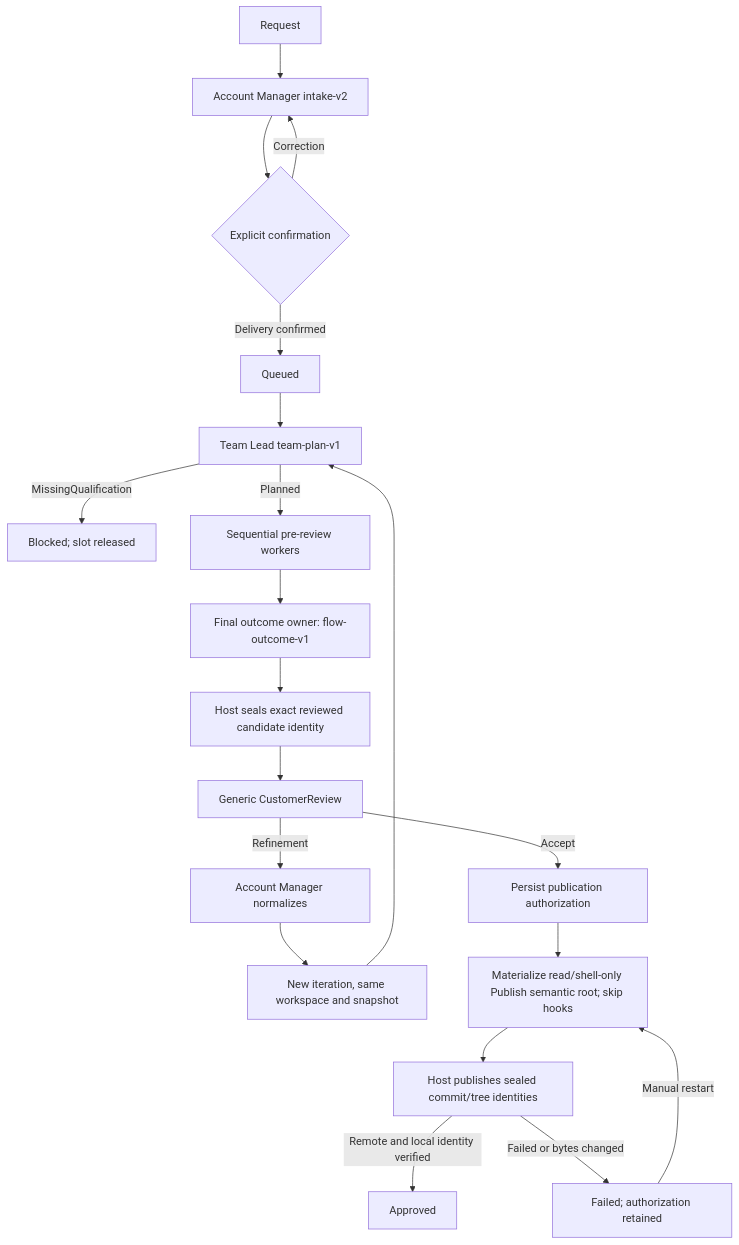
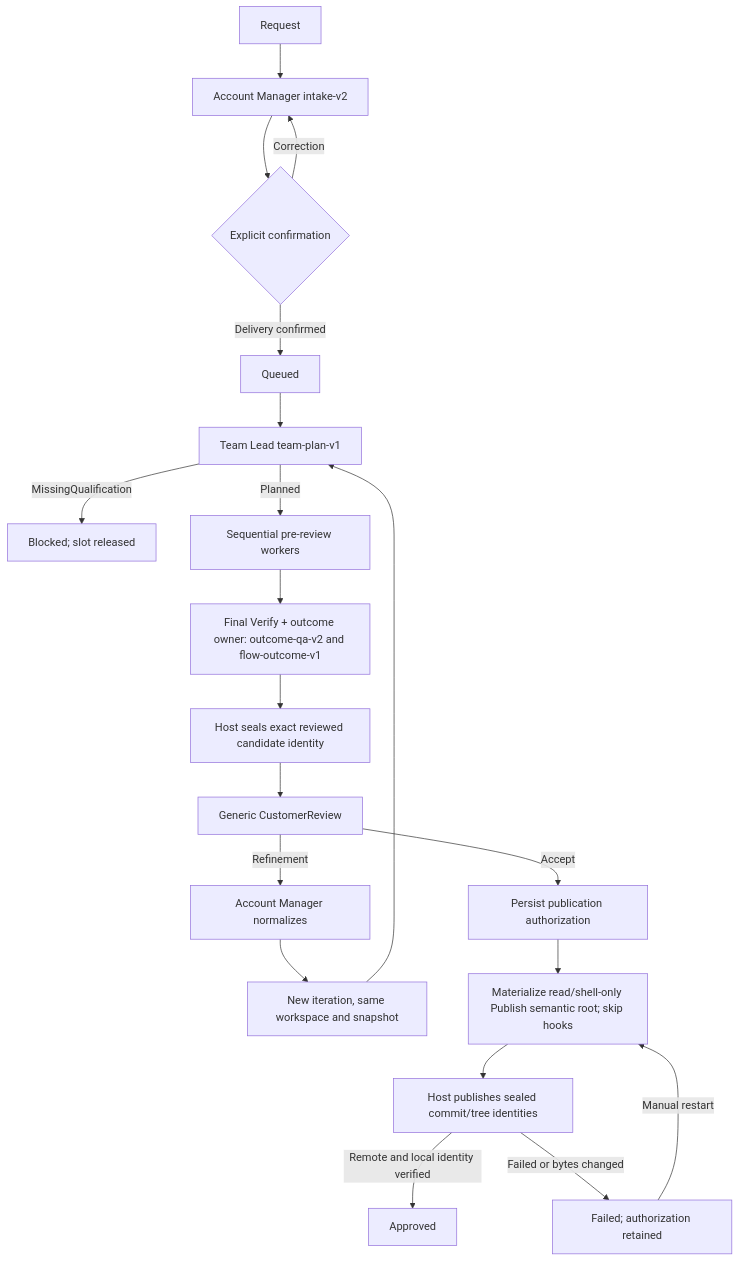
One commit to kirill-linnik/ai-harness-demo changed the second of 2 diagrams in docs/ARCHITECTURE.md. Above: the diagram before and after it, drawn with Mermaid. The commit also changed other lines of this file and 5 other files, not shown here.

````diff
--- a/docs/ARCHITECTURE.md
+++ b/docs/ARCHITECTURE.md
@@ -141,22 +141,22 @@
 ```mermaid
 flowchart TD
     A[Request] --> B[Account Manager intake-v2]
     B --> C{Explicit confirmation}
     C -->|Correction| B
     C -->|Delivery confirmed| D[Queued]
     D --> E[Team Lead team-plan-v1]
     E -->|MissingQualification| F[Blocked; slot released]
     E -->|Planned| G[Sequential pre-review workers]
-    G --> H[Final outcome owner: flow-outcome-v1]
+    G --> H[Final Verify + outcome owner: outcome-qa-v2 and flow-outcome-v1]
     H --> S[Host seals exact reviewed candidate identity]
     S --> I[Generic CustomerReview]
     I -->|Refinement| J[Account Manager normalizes]
     J --> K[New iteration, same workspace and snapshot]
     K --> E
     I -->|Accept| L[Persist publication authorization]
     L --> M[Materialize read/shell-only Publish semantic root; skip hooks]
     M --> P[Host publishes sealed commit/tree identities]
     P -->|Remote and local identity verified| N[Approved]
     P -->|Failed or bytes changed| O[Failed; authorization retained]
     O -->|Manual restart| M
 ```
````
